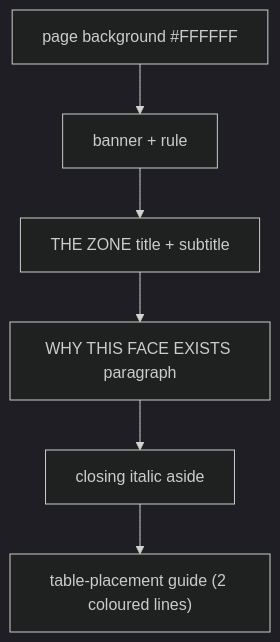
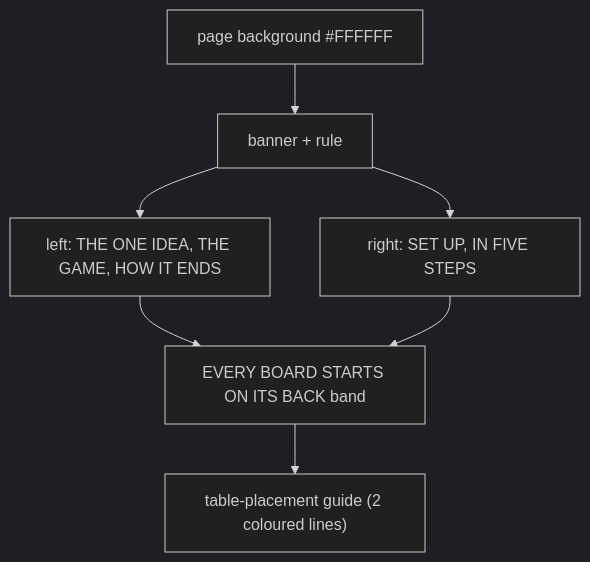
Before and after one commit to Hegerstrand/seven-weeks: the ninth of 11 diagrams in components/specs/boards.md, drawn with Mermaid (dark theme). The commit also changed other lines of this file and 33 other files, not shown here.

````diff
--- a/components/specs/boards.md
+++ b/components/specs/boards.md
@@ -701,8 +695,9 @@
 ```mermaid
 graph TD
   A["page background #FFFFFF"] --> B["banner + rule"]
-  B --> C["THE ZONE title + subtitle"]
-  C --> D["WHY THIS FACE EXISTS paragraph"]
-  D --> E["closing italic aside"]
+  B --> C["left: THE ONE IDEA, THE GAME, HOW IT ENDS"]
+  B --> D["right: SET UP, IN FIVE STEPS"]
+  C --> E["EVERY BOARD STARTS ON ITS BACK band"]
+  D --> E
   E --> F["table-placement guide (2 coloured lines)"]
 ```
````
